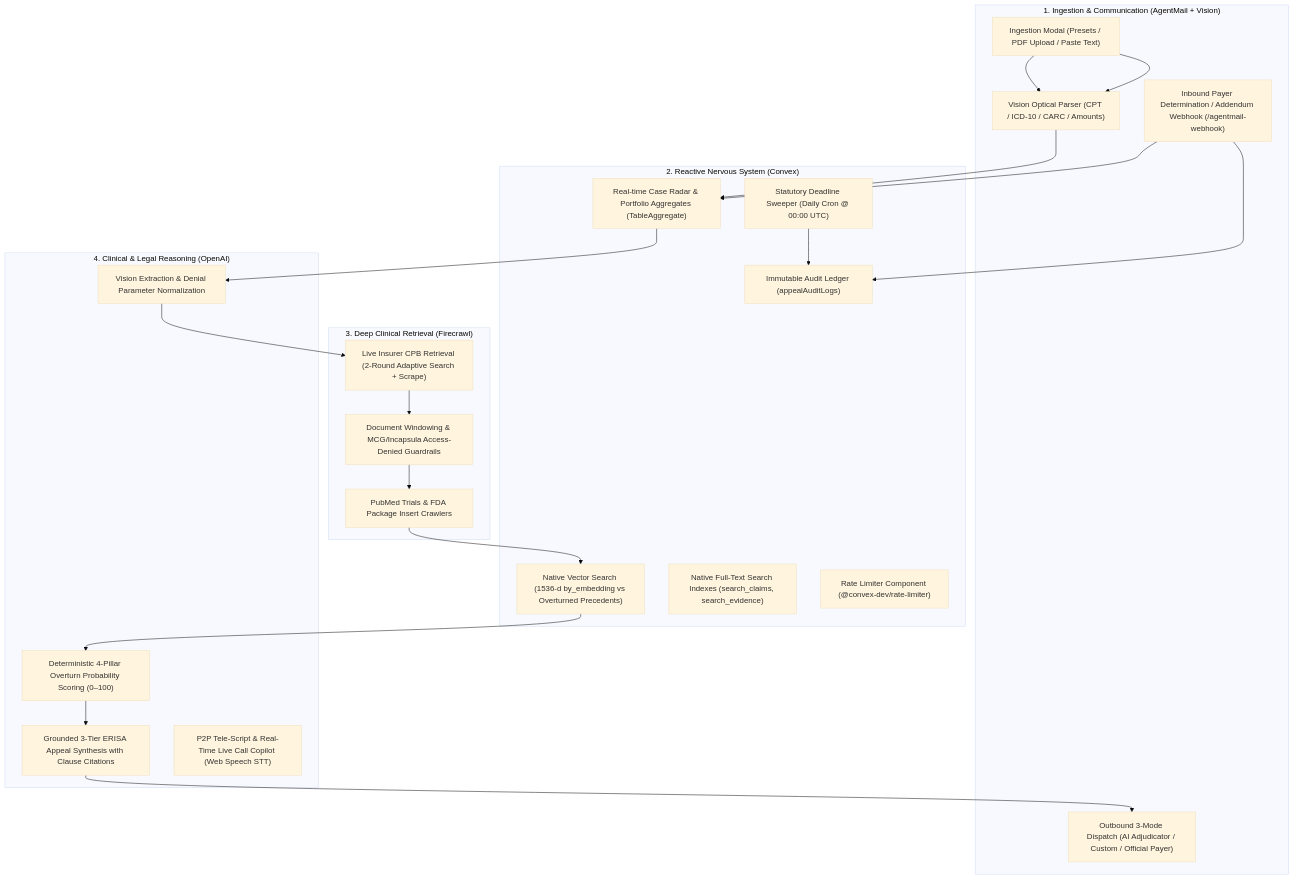
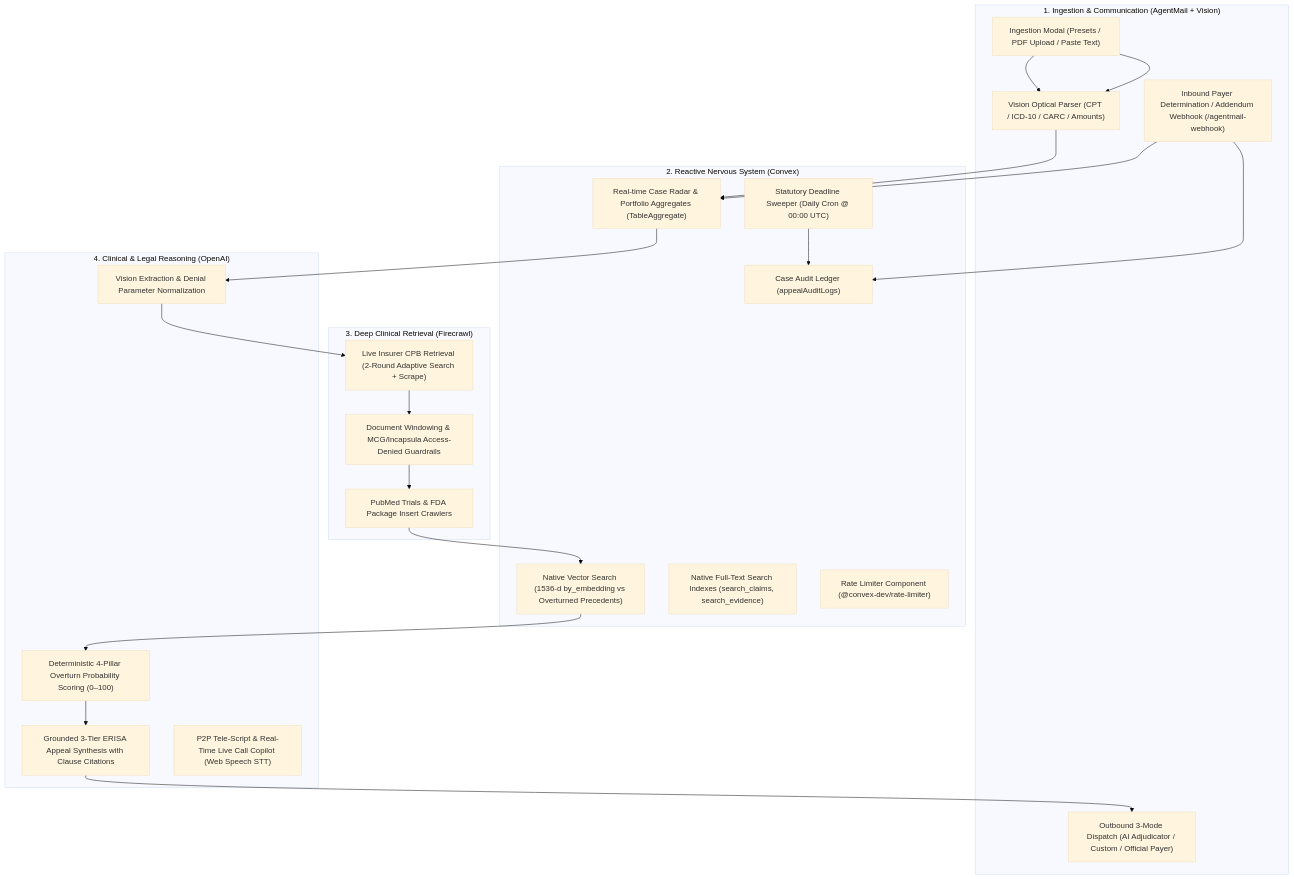
One commit to zaikaman/ClaimHero changed the diagram in IDEA.md. Above: the diagram before and after it, drawn with Mermaid (base theme). The commit also changed 25 other files, not shown here.

Commit message:
feat: Implement soft-deletion and tombstoning for case audit logs to ensure statutory compliance; update terminology and references across the codebase

````diff
--- a/IDEA.md
+++ b/IDEA.md
@@ -23,44 +23,44 @@
 ```mermaid
 flowchart TD
     subgraph Intake ["1. Ingestion & Communication (AgentMail + Vision)"]
         A1["Ingestion Modal (Presets / PDF Upload / Paste Text)"] --> A2["Vision Optical Parser (CPT / ICD-10 / CARC / Amounts)"]
         A3["Outbound 3-Mode Dispatch (AI Adjudicator / Custom / Official Payer)"]
         A4["Inbound Payer Determination / Addendum Webhook (/agentmail-webhook)"]
     end
 
     subgraph Brain ["2. Reactive Nervous System (Convex)"]
         C1["Real-time Case Radar & Portfolio Aggregates (TableAggregate)"]
         C2["Native Vector Search (1536-d by_embedding vs Overturned Precedents)"]
         C3["Native Full-Text Search Indexes (search_claims, search_evidence)"]
         C4["Statutory Deadline Sweeper (Daily Cron @ 00:00 UTC)"]
         C5["Rate Limiter Component (@convex-dev/rate-limiter)"]
-        C6["Immutable Audit Ledger (appealAuditLogs)"]
+        C6["Case Audit Ledger (appealAuditLogs)"]
     end
 
     subgraph Senses ["3. Deep Clinical Retrieval (Firecrawl)"]
         F1["Live Insurer CPB Retrieval (2-Round Adaptive Search + Scrape)"]
         F2["Document Windowing & MCG/Incapsula Access-Denied Guardrails"]
         F3["PubMed Trials & FDA Package Insert Crawlers"]
     end
 
     subgraph Intelligence ["4. Clinical & Legal Reasoning (OpenAI)"]
         O1["Vision Extraction & Denial Parameter Normalization"]
         O2["Deterministic 4-Pillar Overturn Probability Scoring (0–100)"]
         O3["Grounded 3-Tier ERISA Appeal Synthesis with Clause Citations"]
         O4["P2P Tele-Script & Real-Time Live Call Copilot (Web Speech STT)"]
     end
 
     A1 --> A2
     A2 --> C1
     C1 --> O1
     O1 --> F1
     F1 --> F2
     F2 --> F3
     F3 --> C2
     C2 --> O2
     O2 --> O3
     O3 --> A3
     C4 --> C6
     A4 --> C1
     A4 --> C6
 ```
````
